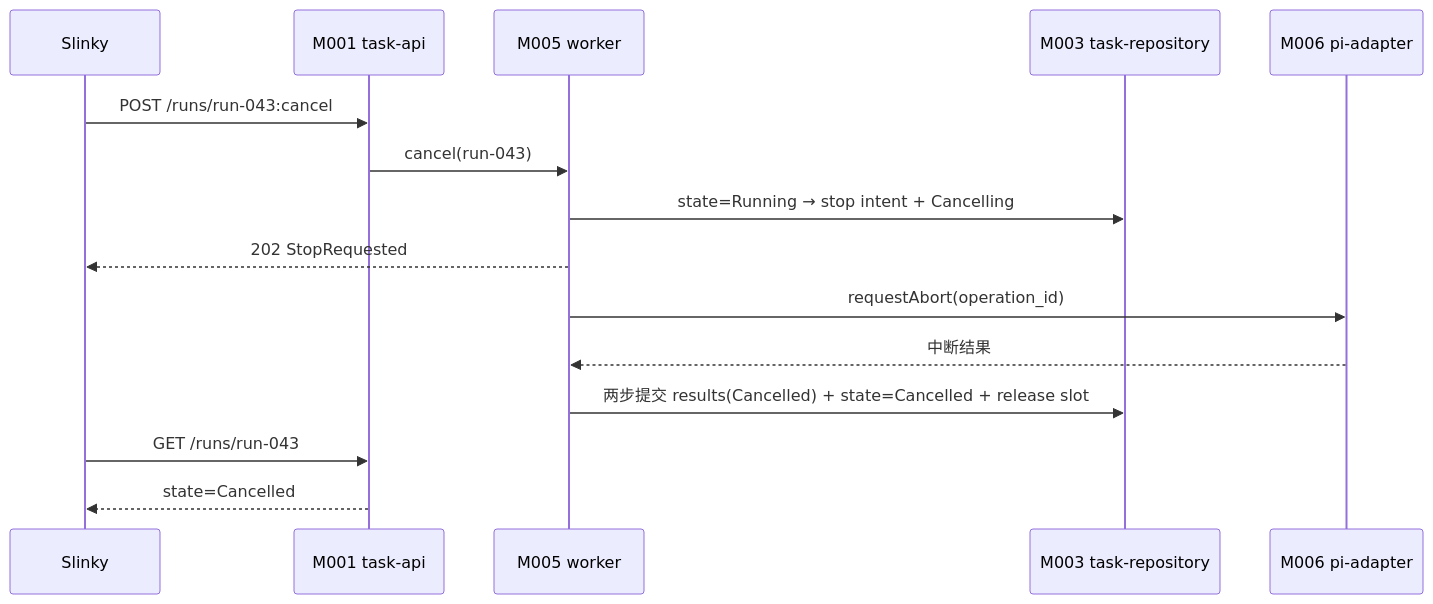
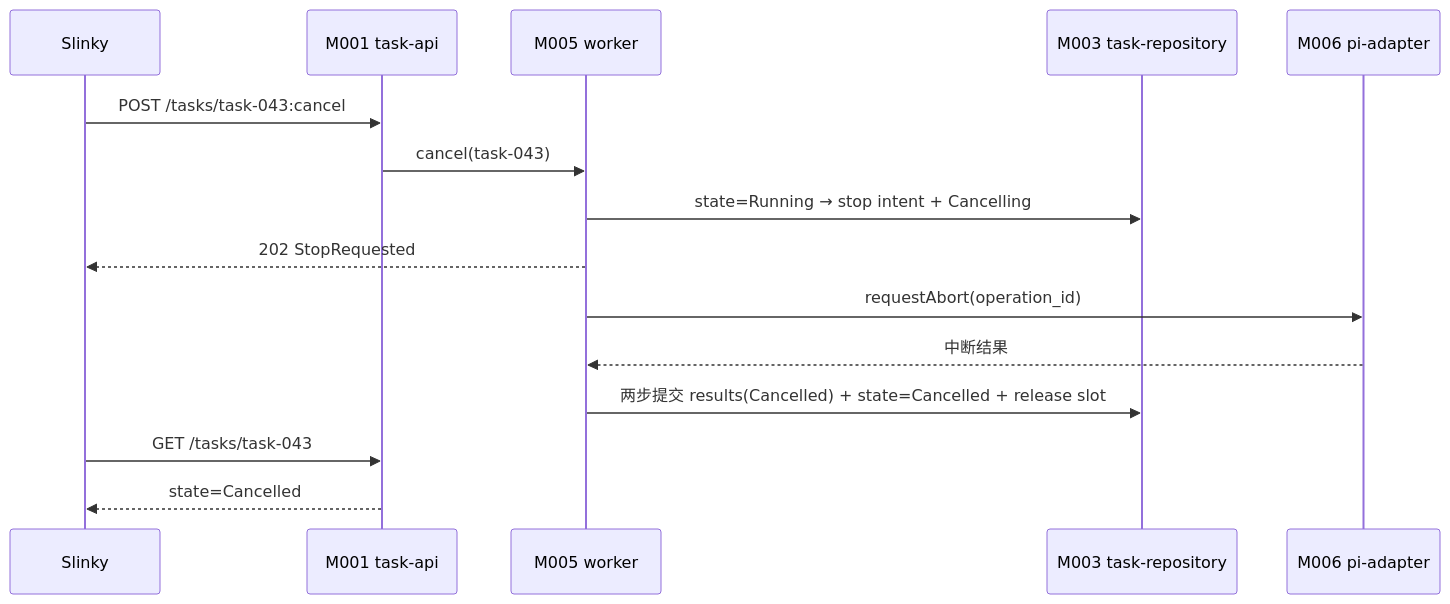
One commit to corezilla/piko changed the second of 3 diagrams in docs/20_system_design/mechanisms/piko-cancel.md. Above: the diagram before and after it, drawn with Mermaid. The commit also changed other lines of this file and 20 other files, not shown here.

````diff
--- a/docs/20_system_design/mechanisms/piko-cancel.md
+++ b/docs/20_system_design/mechanisms/piko-cancel.md
@@ -227,17 +229,17 @@
 ```mermaid
 sequenceDiagram
   participant SL as Slinky
   participant API as M001 task-api
   participant W as M005 worker
   participant Repo as M003 task-repository
   participant PI as M006 pi-adapter
-  SL->>API: POST /runs/run-043:cancel
-  API->>W: cancel(run-043)
+  SL->>API: POST /tasks/task-043:cancel
+  API->>W: cancel(task-043)
   W->>Repo: state=Running → stop intent + Cancelling
   W-->>SL: 202 StopRequested
   W->>PI: requestAbort(operation_id)
   PI-->>W: 中断结果
   W->>Repo: 两步提交 results(Cancelled) + state=Cancelled + release slot
-  SL->>API: GET /runs/run-043
+  SL->>API: GET /tasks/task-043
   API-->>SL: state=Cancelled
 ```
````
